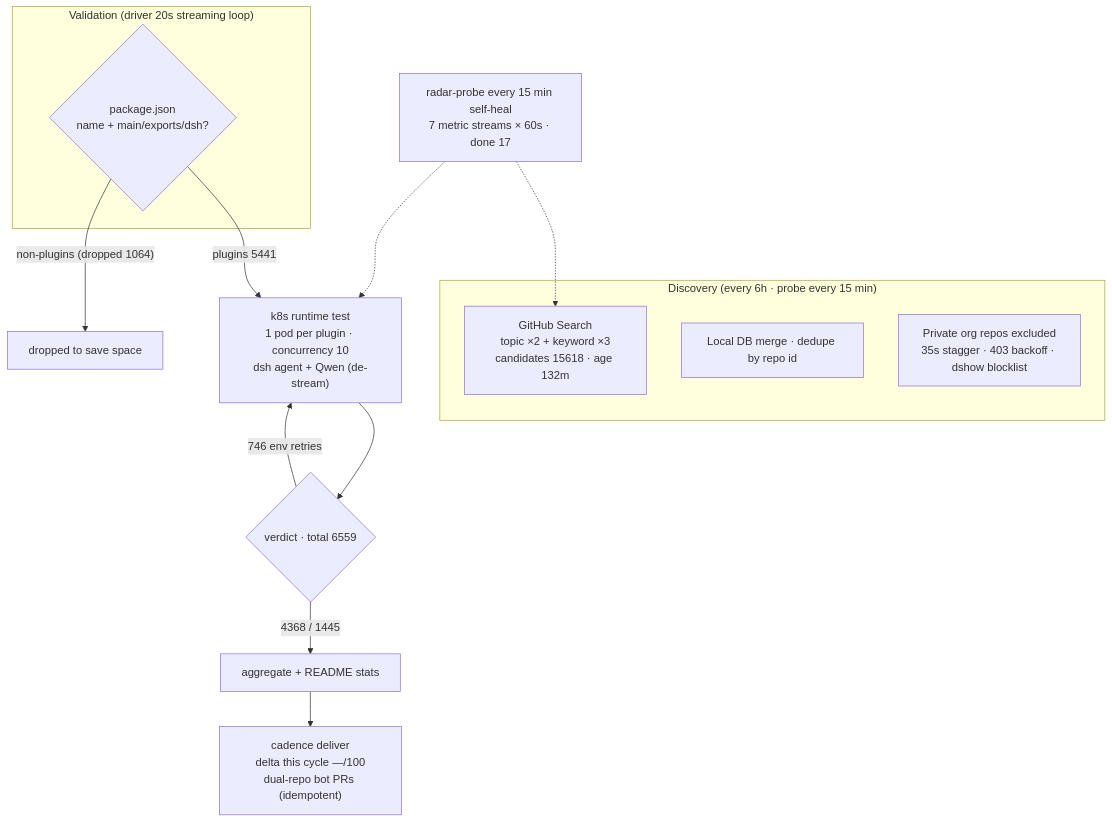
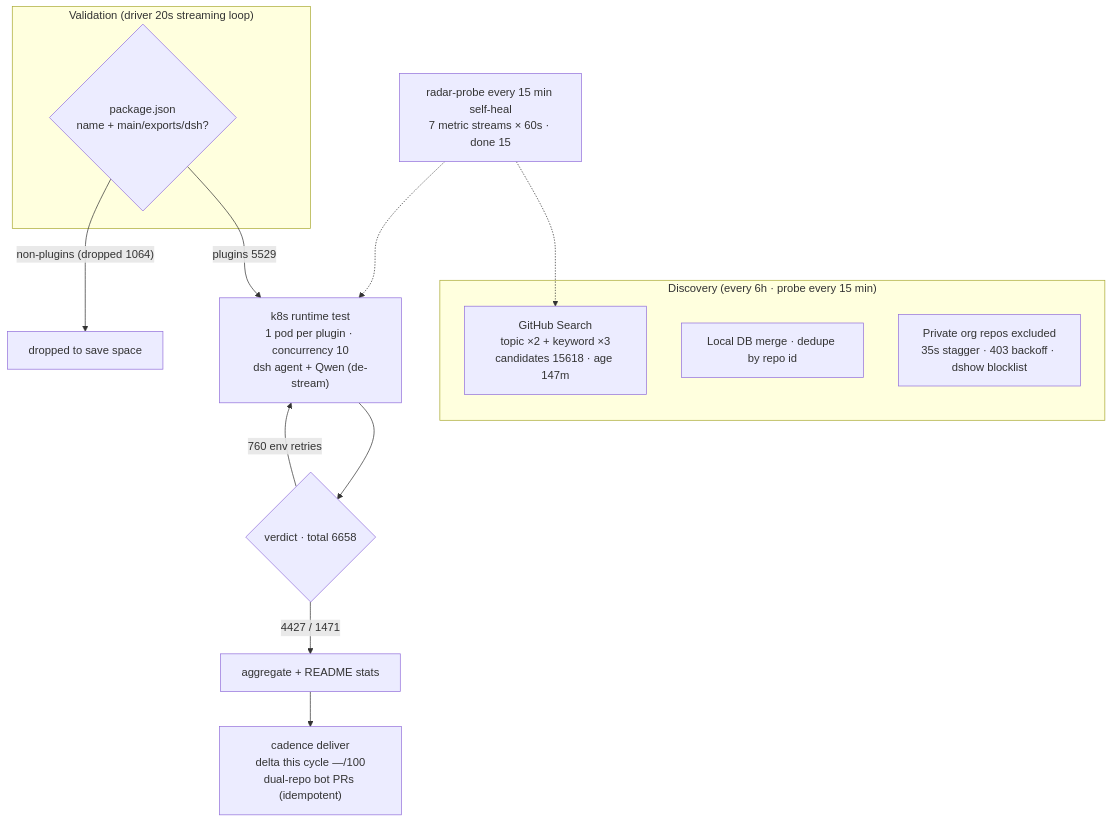
One commit to AdamPlatin123/awesome-dsh-plugins changed the diagram in README.en-US.md. Above: the diagram before and after it, drawn with Mermaid. The commit also changed other lines of this file and 5 other files, not shown here.

````diff
--- a/README.en-US.md
+++ b/README.en-US.md
@@ -30,20 +30,20 @@
 ```mermaid
 flowchart TB
     subgraph Discovery["Discovery (every 6h · probe every 15 min)"]
-        A1["GitHub Search<br/>topic ×2 + keyword ×3<br/>candidates 15618 · age 132m"]
+        A1["GitHub Search<br/>topic ×2 + keyword ×3<br/>candidates 15618 · age 147m"]
         A2["Local DB merge · dedupe by repo id"]
         A3["Private org repos excluded<br/>35s stagger · 403 backoff · dshow blocklist"]
     end
     subgraph Validation["Validation (driver 20s streaming loop)"]
         B1{"package.json<br/>name + main/exports/dsh?"}
     end
-    B1 -->|"plugins 5441"| C1["k8s runtime test<br/>1 pod per plugin · concurrency 10<br/>dsh agent + Qwen (de-stream)"]
+    B1 -->|"plugins 5529"| C1["k8s runtime test<br/>1 pod per plugin · concurrency 10<br/>dsh agent + Qwen (de-stream)"]
     B1 -->|"non-plugins (dropped 1064)"| B3["dropped to save space"]
-    C1 --> D1{"verdict · total 6559"}
-    D1 -->|"4368 / 1445"| E1["aggregate + README stats"]
-    D1 -->|"746 env retries"| C1
+    C1 --> D1{"verdict · total 6658"}
+    D1 -->|"4427 / 1471"| E1["aggregate + README stats"]
+    D1 -->|"760 env retries"| C1
     E1 --> E2["cadence deliver<br/>delta this cycle —/100<br/>dual-repo bot PRs (idempotent)"]
-    M["radar-probe every 15 min self-heal<br/>7 metric streams × 60s · done 17"]
+    M["radar-probe every 15 min self-heal<br/>7 metric streams × 60s · done 15"]
     M -.-> A1
     M -.-> C1
 ```
````
